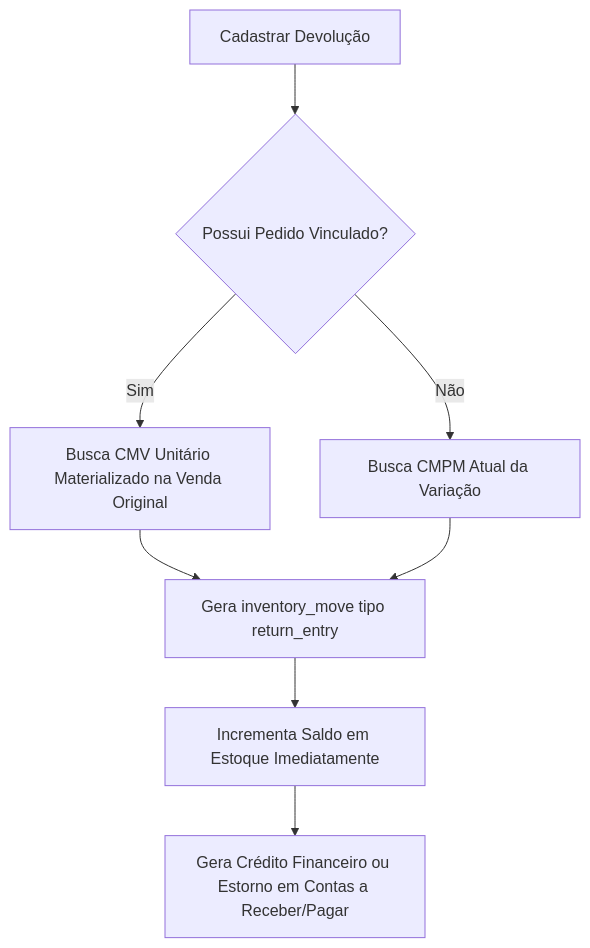
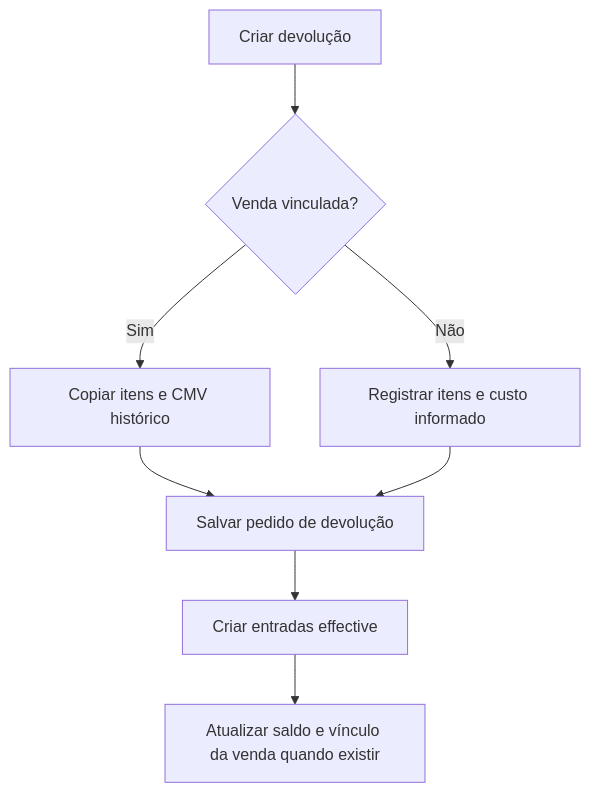
The diagram in docs/negocio/devolucoes/devolucoes-vinculadas-e-livres.md (matheusmorante/moveismorantehub), drawn with Mermaid before and after one commit. The commit also changed other lines of this file and 301 other files, not shown here.

````diff
--- a/docs/negocio/devolucoes/devolucoes-vinculadas-e-livres.md
+++ b/docs/negocio/devolucoes/devolucoes-vinculadas-e-livres.md
@@ -23,10 +15,10 @@
 ```mermaid
 flowchart TD
-    A[Cadastrar Devolução] --> B{Possui Pedido Vinculado?}
-    B -- Sim --> C[Busca CMV Unitário Materializado na Venda Original]
-    B -- Não --> D[Busca CMPM Atual da Variação]
-    C --> E[Gera inventory_move tipo return_entry]
-    D --> E[Gera inventory_move tipo return_entry]
-    E --> F[Incrementa Saldo em Estoque Imediatamente]
-    F --> G[Gera Crédito Financeiro ou Estorno em Contas a Receber/Pagar]
+  A[Criar devolução] --> B{Venda vinculada?}
+  B -->|Sim| C[Copiar itens e CMV histórico]
+  B -->|Não| D[Registrar itens e custo informado]
+  C --> E[Salvar pedido de devolução]
+  D --> E
+  E --> F[Criar entradas effective]
+  F --> G[Atualizar saldo e vínculo da venda quando existir]
 ```
````
